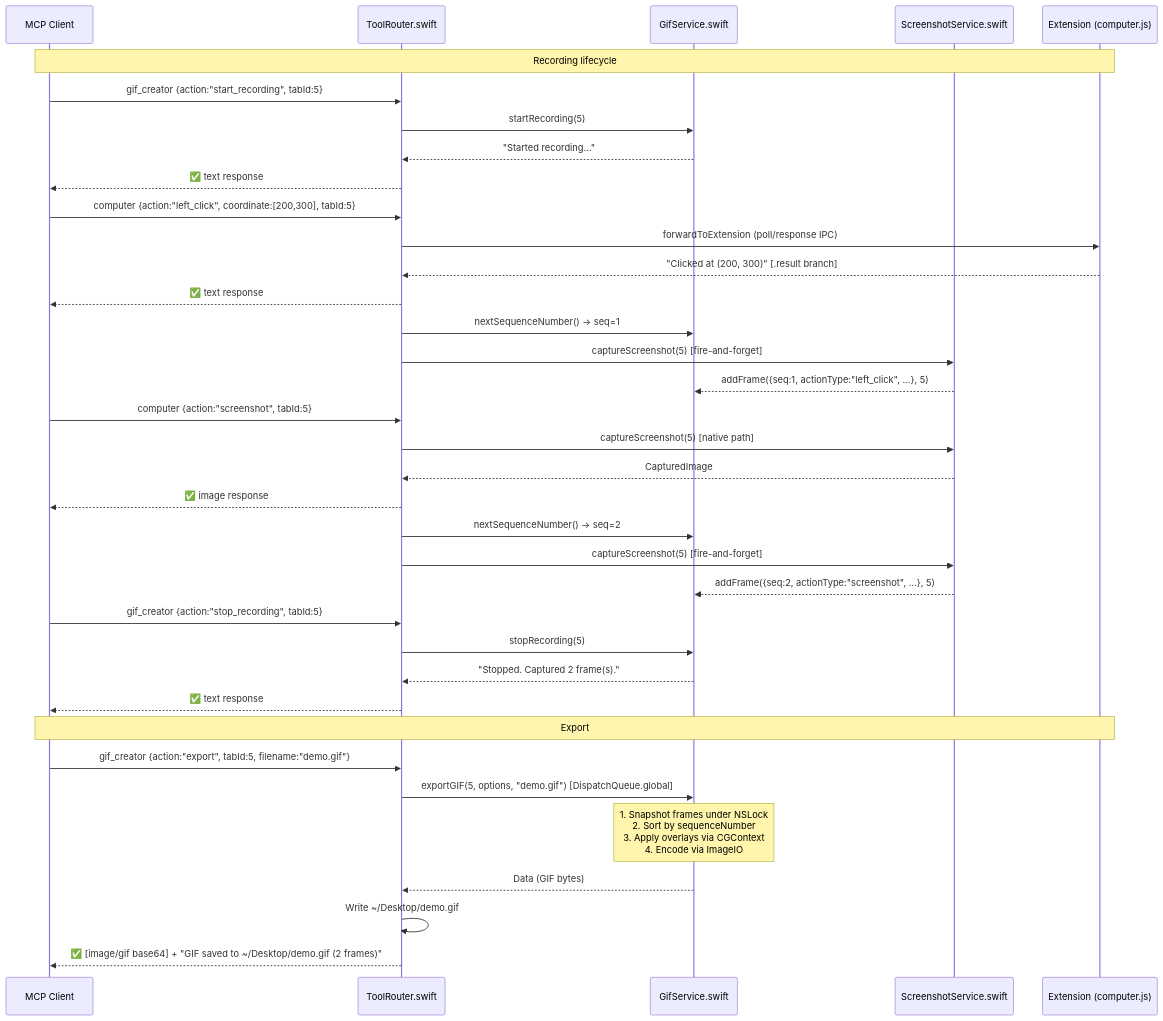
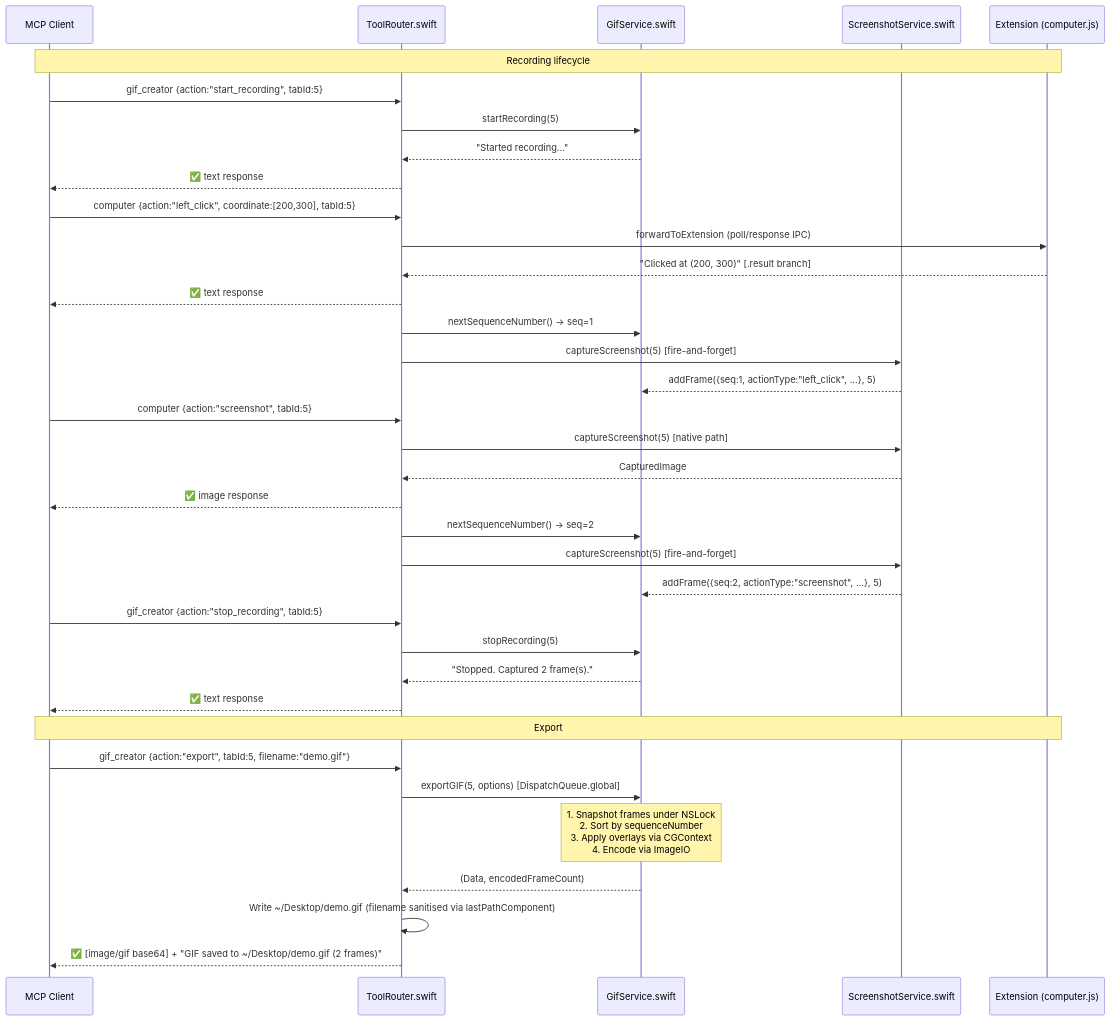
The diagram in Specs/017-gif-creator.md (chriscantu/claude-safari-extension), drawn with Mermaid before and after one commit. The commit also changed other lines of this file and 1 other file, not shown here.

First line of the commit message:
fix: send error on ToolRouter dealloc during GIF export; sync Spec 017 signature

````diff
--- a/Specs/017-gif-creator.md
+++ b/Specs/017-gif-creator.md
@@ -164,43 +159,43 @@
 ```mermaid
 sequenceDiagram
     participant C as MCP Client
     participant TR as ToolRouter.swift
     participant GS as GifService.swift
     participant SS as ScreenshotService.swift
     participant Ext as Extension (computer.js)
 
     Note over C,Ext: Recording lifecycle
     C->>TR: gif_creator {action:"start_recording", tabId:5}
     TR->>GS: startRecording(5)
     GS-->>TR: "Started recording..."
     TR-->>C: ✅ text response
 
     C->>TR: computer {action:"left_click", coordinate:[200,300], tabId:5}
     TR->>Ext: forwardToExtension (poll/response IPC)
     Ext-->>TR: "Clicked at (200, 300)" [.result branch]
     TR-->>C: ✅ text response
     TR->>GS: nextSequenceNumber() → seq=1
     TR->>SS: captureScreenshot(5) [fire-and-forget]
     SS-->>GS: addFrame({seq:1, actionType:"left_click", ...}, 5)
 
     C->>TR: computer {action:"screenshot", tabId:5}
     TR->>SS: captureScreenshot(5) [native path]
     SS-->>TR: CapturedImage
     TR-->>C: ✅ image response
     TR->>GS: nextSequenceNumber() → seq=2
     TR->>SS: captureScreenshot(5) [fire-and-forget]
     SS-->>GS: addFrame({seq:2, actionType:"screenshot", ...}, 5)
 
     C->>TR: gif_creator {action:"stop_recording", tabId:5}
     TR->>GS: stopRecording(5)
     GS-->>TR: "Stopped. Captured 2 frame(s)."
     TR-->>C: ✅ text response
 
     Note over C,Ext: Export
     C->>TR: gif_creator {action:"export", tabId:5, filename:"demo.gif"}
-    TR->>GS: exportGIF(5, options, "demo.gif") [DispatchQueue.global]
+    TR->>GS: exportGIF(5, options) [DispatchQueue.global]
     Note over GS: 1. Snapshot frames under NSLock<br/>2. Sort by sequenceNumber<br/>3. Apply overlays via CGContext<br/>4. Encode via ImageIO
-    GS-->>TR: Data (GIF bytes)
-    TR->>TR: Write ~/Desktop/demo.gif
+    GS-->>TR: (Data, encodedFrameCount)
+    TR->>TR: Write ~/Desktop/demo.gif (filename sanitised via lastPathComponent)
     TR-->>C: ✅ [image/gif base64] + "GIF saved to ~/Desktop/demo.gif (2 frames)"
 ```
````
